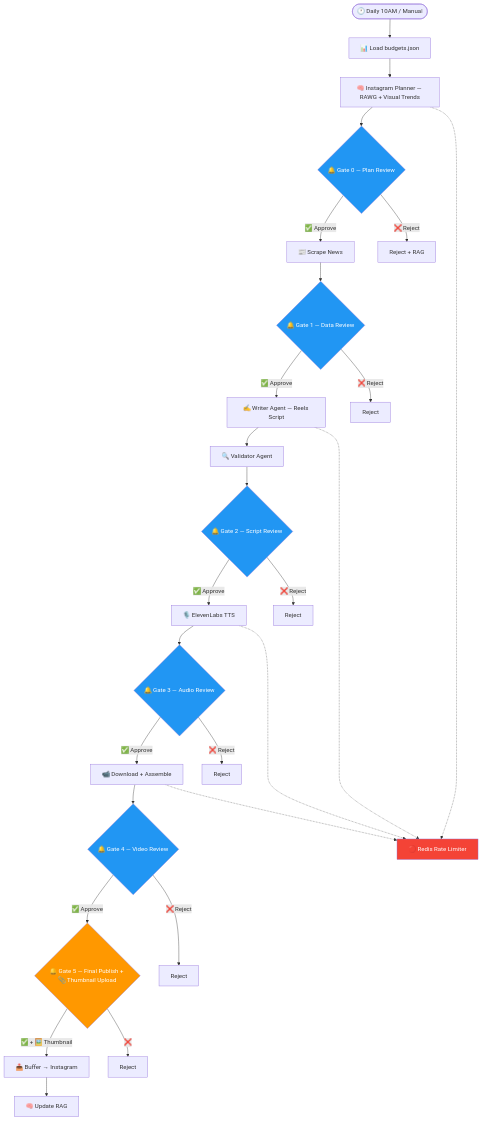
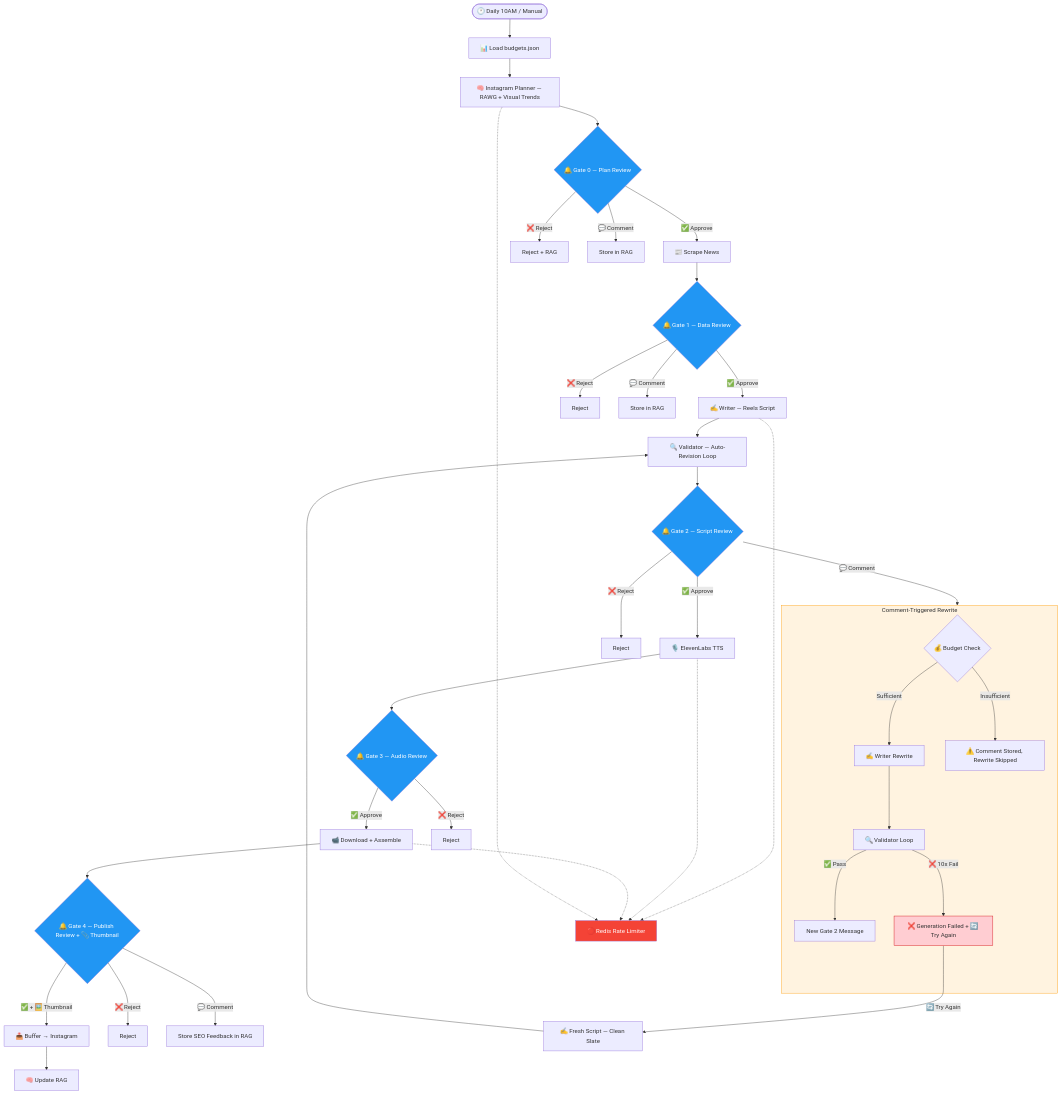
Before and after one commit to Adamo-97/pi_setup: the third of 3 diagrams in pi_instagram_stack/README.md, drawn with Mermaid. The commit also changed other lines of this file and 7 other files, not shown here.

First line of the commit message:
feat: Implement comment-triggered script revision loop with budget checks

````diff
--- a/pi_instagram_stack/README.md
+++ b/pi_instagram_stack/README.md
@@ -85,43 +91,57 @@
 ```mermaid
 flowchart TD
     START([🕐 Daily 10AM / Manual]) --> BUDGET[📊 Load budgets.json]
     BUDGET --> PLAN[🧠 Instagram Planner — RAWG + Visual Trends]
 
     PLAN --> GATE0{🔔 Gate 0 — Plan Review}
     GATE0 -- ✅ Approve --> SCRAPE[📰 Scrape News]
     GATE0 -- ❌ Reject --> R0[Reject + RAG]
+    GATE0 -- 💬 Comment --> C0[Store in RAG]
 
     SCRAPE --> GATE1{🔔 Gate 1 — Data Review}
-    GATE1 -- ✅ Approve --> SCRIPT[✍️ Writer Agent — Reels Script]
+    GATE1 -- ✅ Approve --> SCRIPT[✍️ Writer — Reels Script]
     GATE1 -- ❌ Reject --> R1[Reject]
+    GATE1 -- 💬 Comment --> C1[Store in RAG]
 
-    SCRIPT --> VALIDATE[🔍 Validator Agent]
+    SCRIPT --> VALIDATE[🔍 Validator — Auto-Revision Loop]
     VALIDATE --> GATE2{🔔 Gate 2 — Script Review}
     GATE2 -- ✅ Approve --> VOICE[🎙️ ElevenLabs TTS]
     GATE2 -- ❌ Reject --> R2[Reject]
+    GATE2 -- 💬 Comment --> REWRITE
+
+    subgraph REWRITE[Comment-Triggered Rewrite]
+        CBUDGET{💰 Budget Check} -- Sufficient --> CWRITER[✍️ Writer Rewrite]
+        CWRITER --> CVALIDATE[🔍 Validator Loop]
+        CVALIDATE -- ✅ Pass --> NEWGATE2[New Gate 2 Message]
+        CVALIDATE -- ❌ 10x Fail --> CFAIL[❌ Generation Failed + 🔄 Try Again]
+        CBUDGET -- Insufficient --> CSKIP[⚠️ Comment Stored, Rewrite Skipped]
+    end
 
     VOICE --> GATE3{🔔 Gate 3 — Audio Review}
     GATE3 -- ✅ Approve --> FOOTAGE[📹 Download + Assemble]
     GATE3 -- ❌ Reject --> R3[Reject]
 
-    FOOTAGE --> GATE4{🔔 Gate 4 — Video Review}
-    GATE4 -- ✅ Approve --> PUBLISH{🔔 Gate 5 — Final Publish + 📎 Thumbnail Upload}
+    FOOTAGE --> GATE4{🔔 Gate 4 — Publish Review + 📎 Thumbnail}
+    GATE4 -- ✅ + 🖼️ Thumbnail --> BUFFER[📤 Buffer → Instagram]
     GATE4 -- ❌ Reject --> R4[Reject]
+    GATE4 -- 💬 Comment --> C4[Store SEO Feedback in RAG]
 
-    PUBLISH -- ✅ + 🖼️ Thumbnail --> BUFFER[📤 Buffer → Instagram]
     BUFFER --> RAG[🧠 Update RAG]
-    PUBLISH -- ❌ --> R5[Reject]
+
+    CFAIL -- 🔄 Try Again --> FRESHSCRIPT[✍️ Fresh Script — Clean Slate]
+    FRESHSCRIPT --> VALIDATE
 
     SCRIPT -.-> REDIS[🔴 Redis Rate Limiter]
     VOICE -.-> REDIS
     FOOTAGE -.-> REDIS
     PLAN -.-> REDIS
 
     style GATE0 fill:#2196F3,color:#fff
     style GATE1 fill:#2196F3,color:#fff
     style GATE2 fill:#2196F3,color:#fff
     style GATE3 fill:#2196F3,color:#fff
     style GATE4 fill:#2196F3,color:#fff
-    style PUBLISH fill:#FF9800,color:#fff
     style REDIS fill:#f44336,color:#fff
+    style REWRITE fill:#FFF3E0,stroke:#FF9800
+    style CFAIL fill:#FFCDD2,stroke:#d00000
 ```
````
